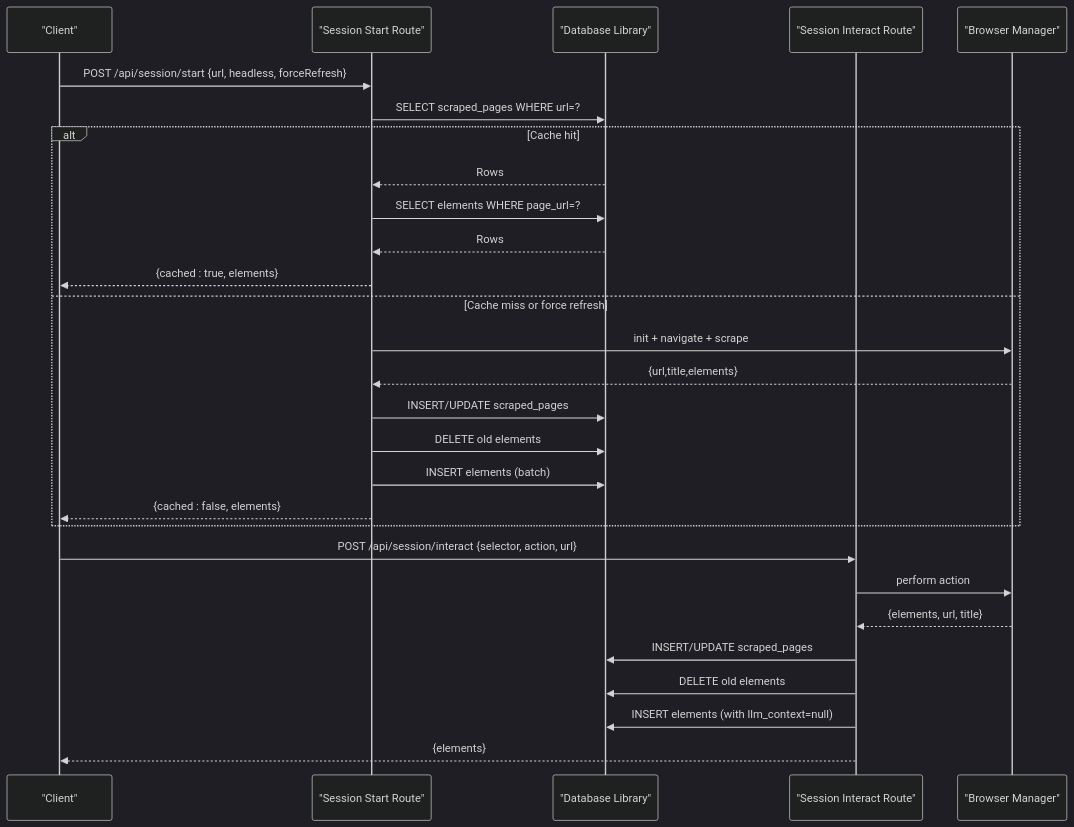
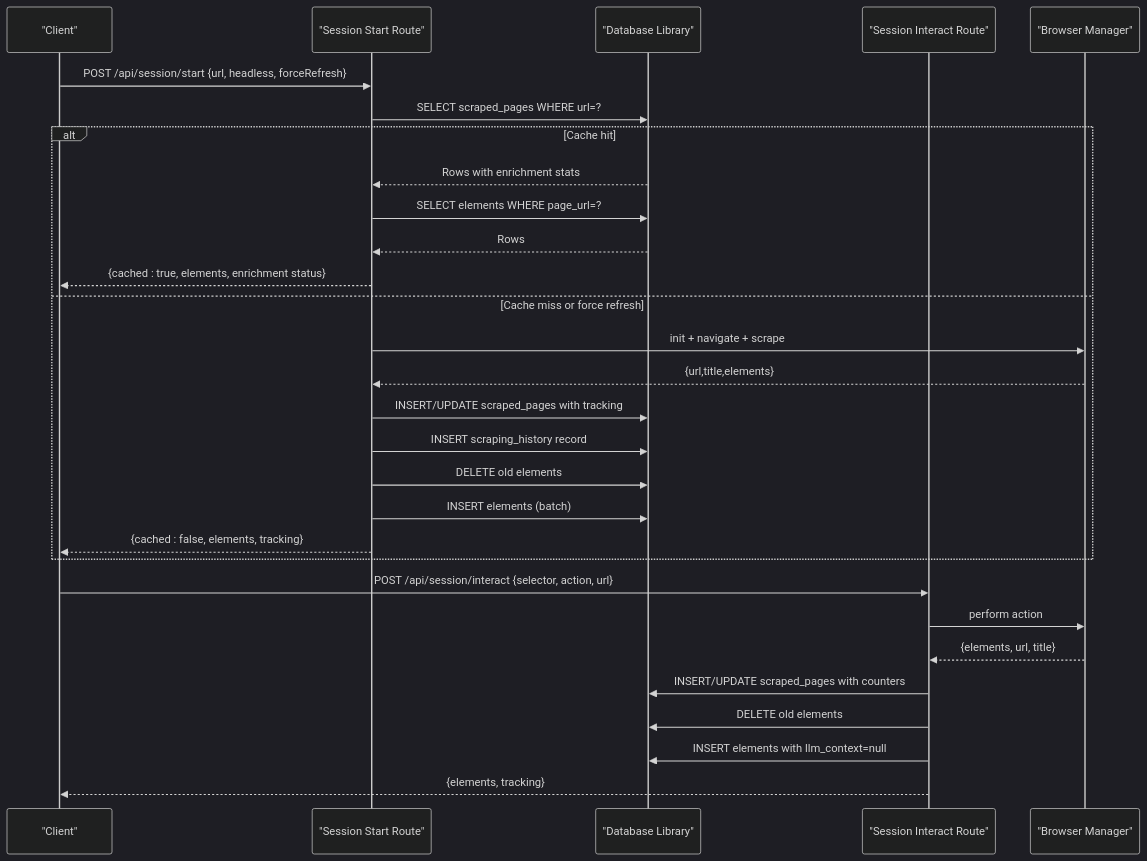
One commit to alikhan37544/InteractGenxSRM-1 changed the second of 4 diagrams in .qoder/repowiki/en/content/Database Schema.md. Above: the diagram before and after it, drawn with Mermaid (dark theme). The commit also changed other lines of this file and 6645 other files, not shown here.

````diff
--- a/.qoder/repowiki/en/content/Database Schema.md
+++ b/.qoder/repowiki/en/content/Database Schema.md
@@ -91,30 +110,31 @@
 ```mermaid
 sequenceDiagram
 participant Client as "Client"
 participant APIStart as "Session Start Route"
 participant DB as "Database Library"
 participant APIInteract as "Session Interact Route"
 participant Browser as "Browser Manager"
 Client->>APIStart : POST /api/session/start {url, headless, forceRefresh}
 APIStart->>DB : SELECT scraped_pages WHERE url=?
 alt Cache hit
-DB-->>APIStart : Rows
+DB-->>APIStart : Rows with enrichment stats
 APIStart->>DB : SELECT elements WHERE page_url=?
 DB-->>APIStart : Rows
-APIStart-->>Client : {cached : true, elements}
+APIStart-->>Client : {cached : true, elements, enrichment status}
 else Cache miss or force refresh
 APIStart->>Browser : init + navigate + scrape
 Browser-->>APIStart : {url,title,elements}
-APIStart->>DB : INSERT/UPDATE scraped_pages
+APIStart->>DB : INSERT/UPDATE scraped_pages with tracking
+APIStart->>DB : INSERT scraping_history record
 APIStart->>DB : DELETE old elements
 APIStart->>DB : INSERT elements (batch)
-APIStart-->>Client : {cached : false, elements}
+APIStart-->>Client : {cached : false, elements, tracking}
 end
 Client->>APIInteract : POST /api/session/interact {selector, action, url}
 APIInteract->>Browser : perform action
 Browser-->>APIInteract : {elements, url, title}
-APIInteract->>DB : INSERT/UPDATE scraped_pages
+APIInteract->>DB : INSERT/UPDATE scraped_pages with counters
 APIInteract->>DB : DELETE old elements
-APIInteract->>DB : INSERT elements (with llm_context=null)
-APIInteract-->>Client : {elements}
+APIInteract->>DB : INSERT elements with llm_context=null
+APIInteract-->>Client : {elements, tracking}
 ```
````
